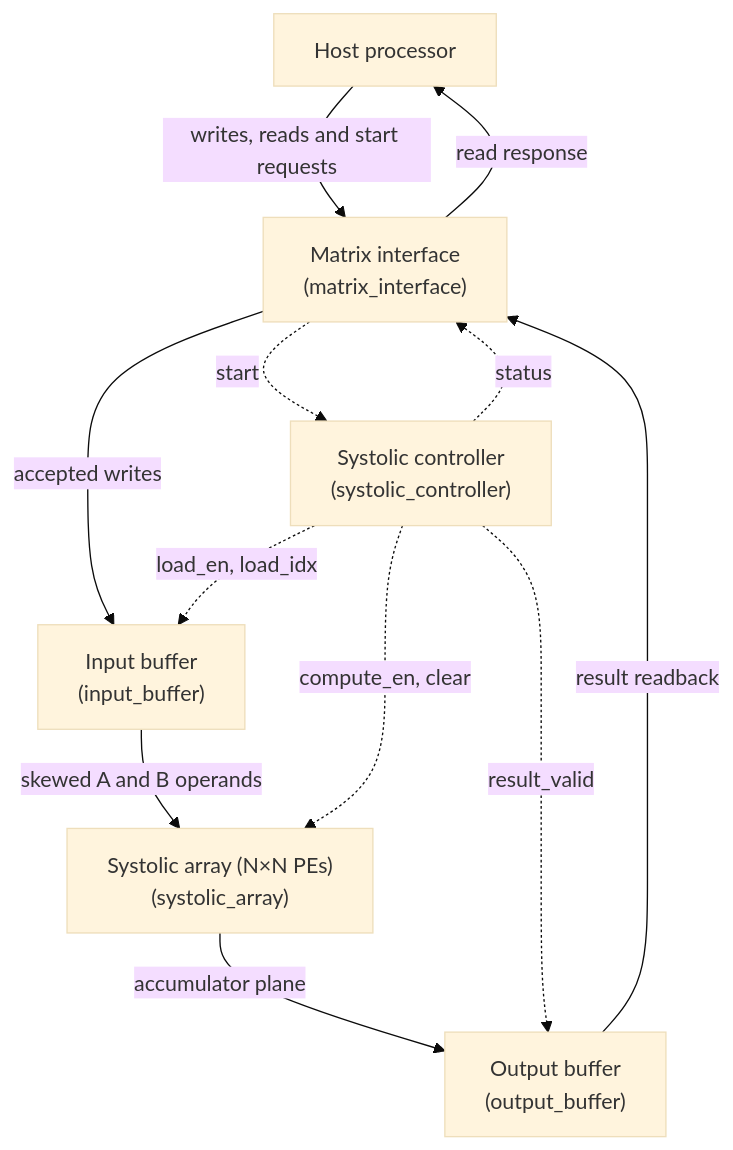
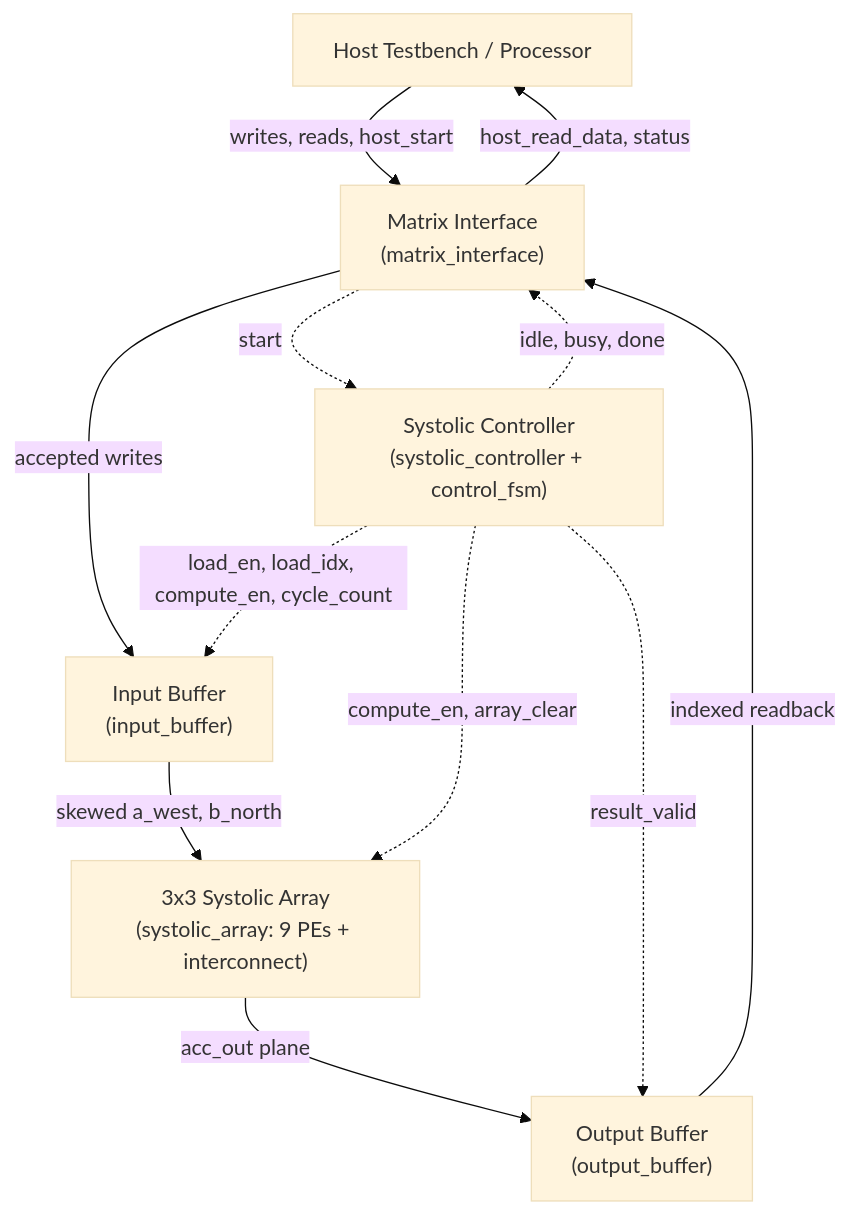
The first of 2 diagrams in README.md (alpha-sml/Systolic-Array-Accelerator), drawn with Mermaid (base theme) before and after one commit. The commit also changed other lines of this file and 67 other files, not shown here.

````diff
--- a/README.md
+++ b/README.md
@@ -27,24 +41,22 @@
 ```mermaid
 flowchart TD
-    HOST["Host processor"]
-    MI["Matrix interface<br/>(matrix_interface)"]
-    IB["Input buffer<br/>(input_buffer)"]
-    SC["Systolic controller<br/>(systolic_controller)"]
-    SA["Systolic array (N×N PEs)<br/>(systolic_array)"]
-    OB["Output buffer<br/>(output_buffer)"]
+    HOST["Host Testbench / Processor"]
+    MI["Matrix Interface<br/>(matrix_interface)"]
+    IB["Input Buffer<br/>(input_buffer)"]
+    SC["Systolic Controller<br/>(systolic_controller + control_fsm)"]
+    SA["3x3 Systolic Array<br/>(systolic_array: 9 PEs + interconnect)"]
+    OB["Output Buffer<br/>(output_buffer)"]
 
-    %% Data Paths (Solid lines)
-    HOST -->|writes, reads and start requests| MI
+    HOST -->|writes, reads, host_start| MI
     MI -->|accepted writes| IB
-    IB -->|skewed A and B operands| SA
-    SA -->|accumulator plane| OB
-    OB -->|result readback| MI
-    MI -->|read response| HOST
+    IB -->|skewed a_west, b_north| SA
+    SA -->|acc_out plane| OB
+    OB -->|indexed readback| MI
+    MI -->|host_read_data, status| HOST
 
-    %% Control & Status Paths (Dashed lines)
     MI -.->|start| SC
-    SC -.->|status| MI
-    SC -.->|load_en, load_idx| IB
-    SC -.->|compute_en, clear| SA
+    SC -.->|idle, busy, done| MI
+    SC -.->|load_en, load_idx, compute_en, cycle_count| IB
+    SC -.->|compute_en, array_clear| SA
     SC -.->|result_valid| OB
 ```
````
